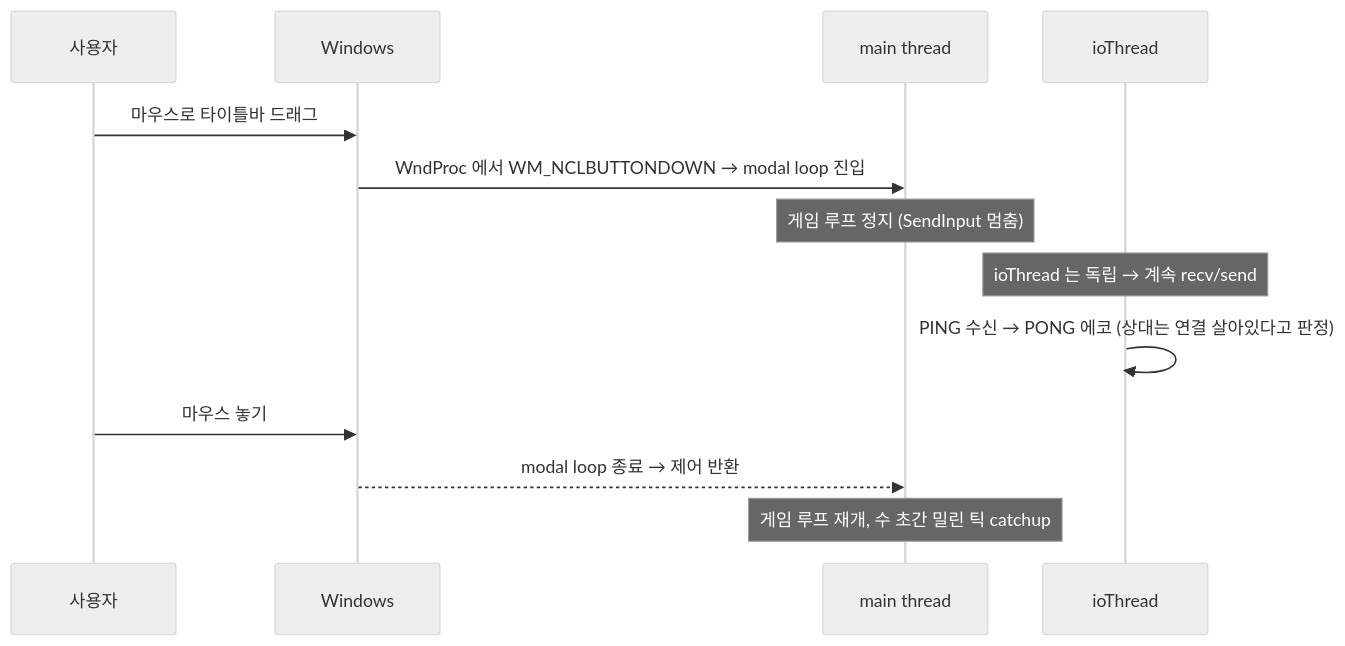
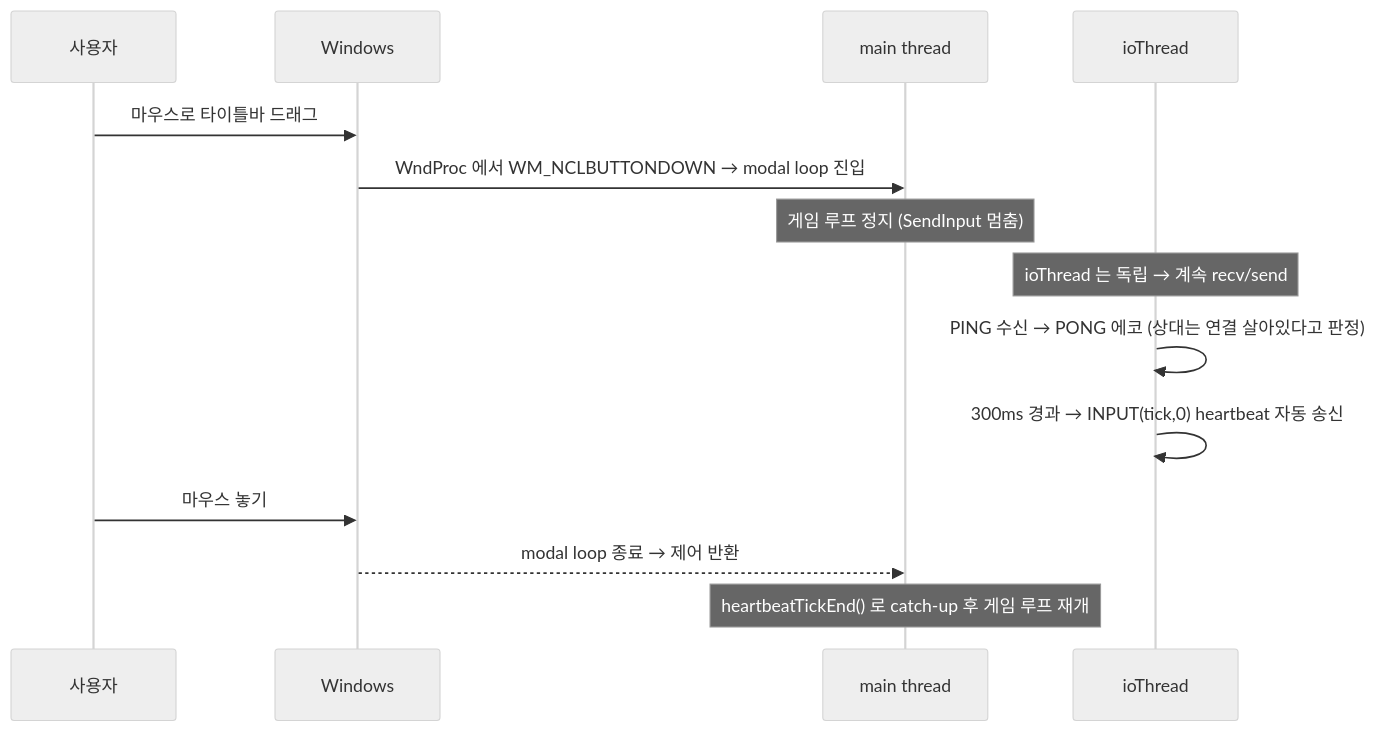
One commit to Rein-ArXiv/Tetris-Multiplayer-RL changed diagram 11 of 13 in docs/blog/part6-lockstep-networking.md. Above: the diagram before and after it, drawn with Mermaid (neutral theme). The commit also changed other lines of this file and 41 other files, not shown here.

````diff
--- a/docs/blog/part6-lockstep-networking.md
+++ b/docs/blog/part6-lockstep-networking.md
@@ -2255,16 +3119,17 @@
 ```mermaid
 sequenceDiagram
     participant U as 사용자
     participant OS as Windows
     participant M as main thread
     participant I as ioThread
 
     U->>OS: 마우스로 타이틀바 드래그
     OS->>M: WndProc 에서 WM_NCLBUTTONDOWN → modal loop 진입
     Note over M: 게임 루프 정지 (SendInput 멈춤)
     Note over I: ioThread 는 독립 → 계속 recv/send
     I->>I: PING 수신 → PONG 에코 (상대는 연결 살아있다고 판정)
+    I->>I: 300ms 경과 → INPUT(tick,0) heartbeat 자동 송신
     U->>OS: 마우스 놓기
     OS-->>M: modal loop 종료 → 제어 반환
-    Note over M: 게임 루프 재개, 수 초간 밀린 틱 catchup
+    Note over M: heartbeatTickEnd() 로 catch-up 후 게임 루프 재개
 ```
````
